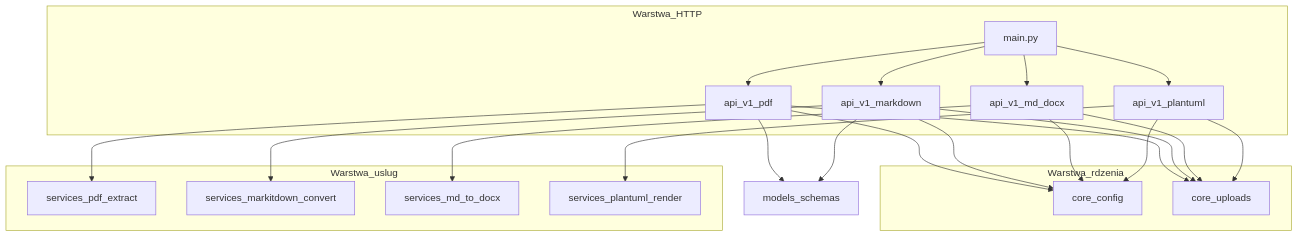
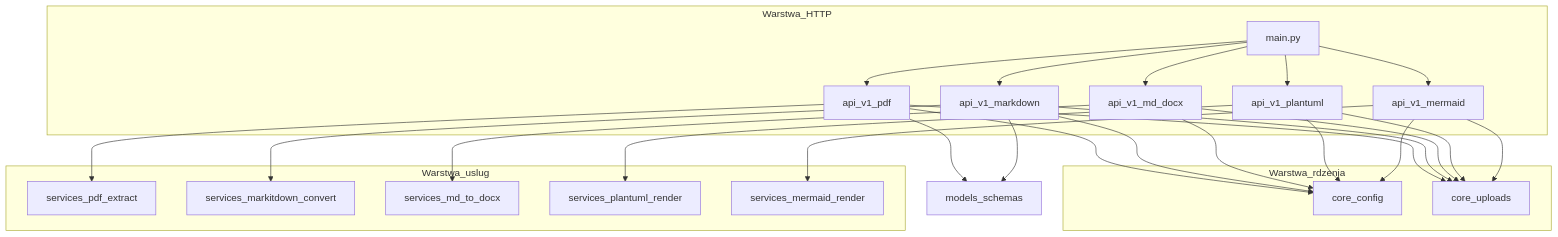
One commit to jbienko1/utils-service changed the first of 2 diagrams in app/docs/architecture.md. Above: the diagram before and after it, drawn with Mermaid. The commit also changed other lines of this file and 23 other files, not shown here.

Commit message:
mermaid service

````diff
--- a/app/docs/architecture.md
+++ b/app/docs/architecture.md
@@ -29,38 +31,44 @@
 ```mermaid
 flowchart TB
   subgraph http [Warstwa_HTTP]
     main[main.py]
     r_pdf[api_v1_pdf]
     r_md[api_v1_markdown]
     r_docx[api_v1_md_docx]
     r_puml[api_v1_plantuml]
+    r_mer[api_v1_mermaid]
   end
   subgraph core [Warstwa_rdzenia]
     cfg[core_config]
     upl[core_uploads]
   end
   subgraph svc [Warstwa_uslug]
     pdfx[services_pdf_extract]
     mdc[services_markitdown_convert]
     pandoc[services_md_to_docx]
     puml[services_plantuml_render]
+    mer[services_mermaid_render]
   end
   main --> r_pdf
   main --> r_md
   main --> r_docx
   main --> r_puml
+  main --> r_mer
   r_pdf --> cfg
   r_pdf --> upl
   r_pdf --> pdfx
   r_md --> cfg
   r_md --> upl
   r_md --> mdc
   r_docx --> cfg
   r_docx --> upl
   r_docx --> pandoc
   r_puml --> cfg
   r_puml --> upl
   r_puml --> puml
+  r_mer --> cfg
+  r_mer --> upl
+  r_mer --> mer
   r_pdf --> schemas[models_schemas]
   r_md --> schemas
 ```
````
